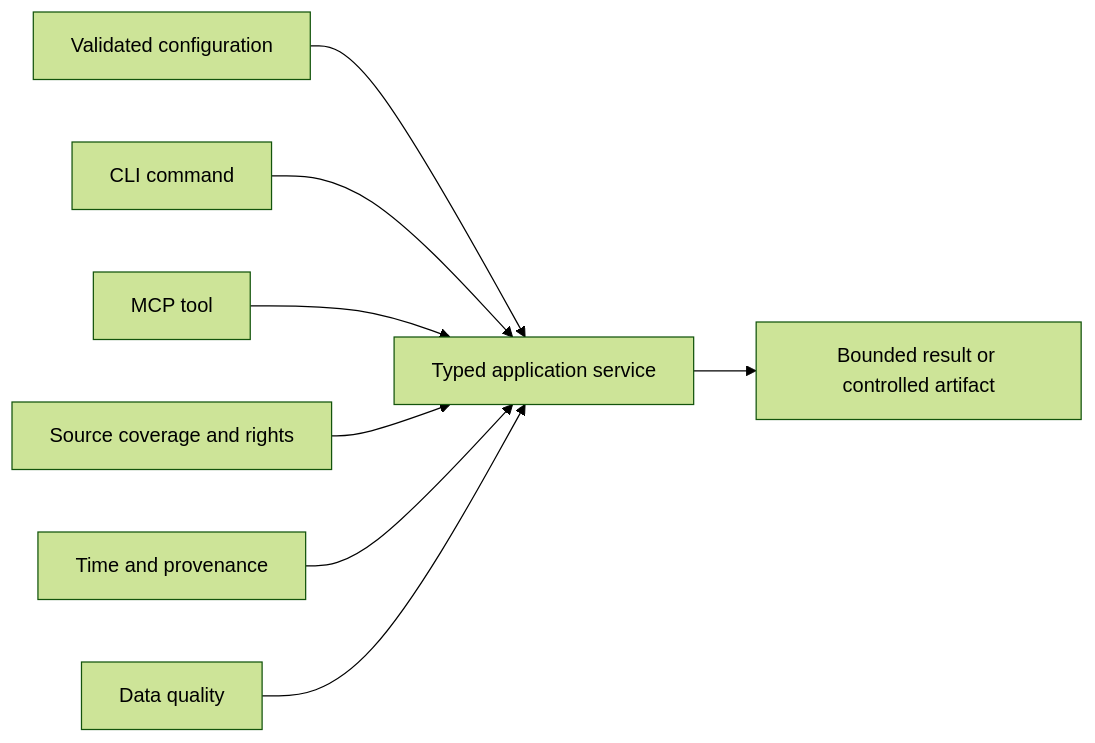
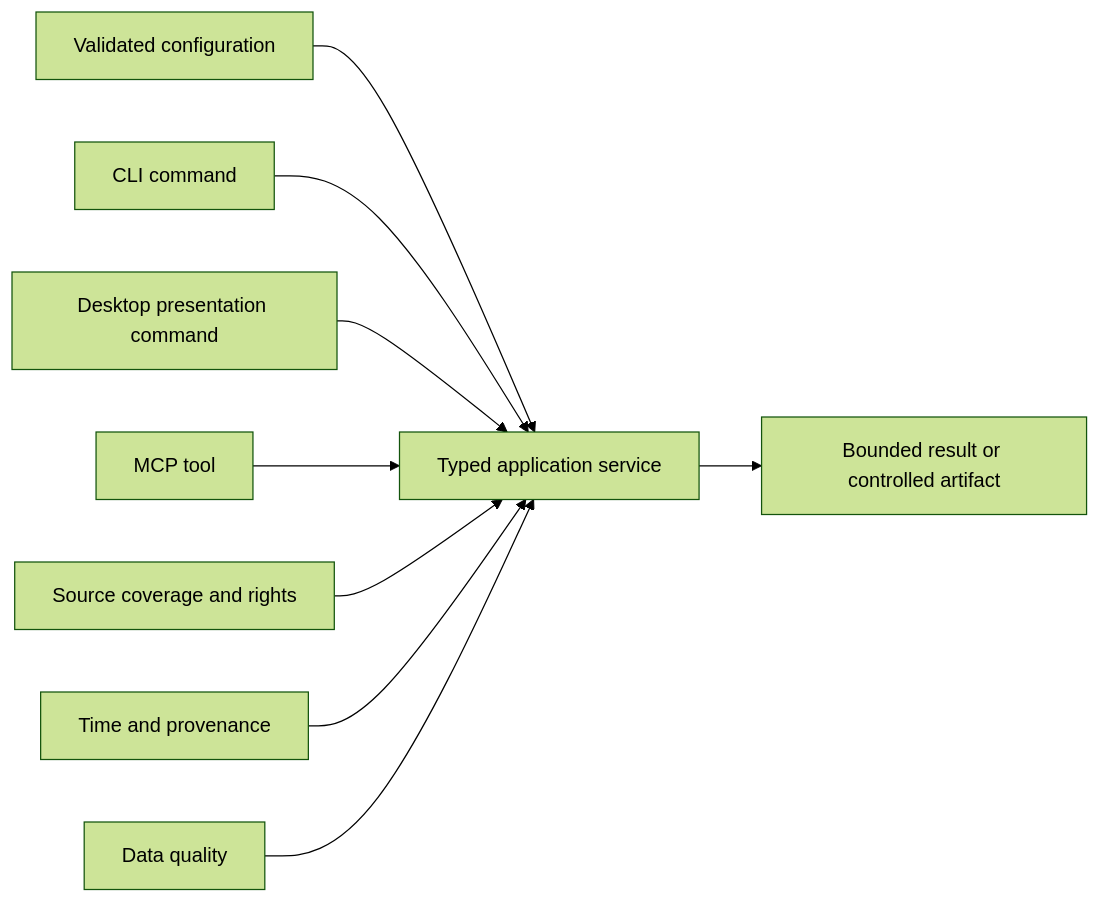
One commit to Sawmonabo/market-squawk changed the diagram in docs/reference/README.md. Above: the diagram before and after it, drawn with Mermaid (forest theme). The commit also changed other lines of this file and 16 other files, not shown here.

````diff
--- a/docs/reference/README.md
+++ b/docs/reference/README.md
@@ -27,19 +27,21 @@
 ```mermaid
 flowchart LR
     CLI["CLI command"]
+    Desktop["Desktop presentation command"]
     MCP["MCP tool"]
     Config["Validated configuration"]
     Source["Source coverage and rights"]
     Time["Time and provenance"]
     Quality["Data quality"]
     Service["Typed application service"]
     Result["Bounded result or controlled artifact"]
 
     Config --> Service
     CLI --> Service
+    Desktop --> Service
     MCP --> Service
     Source --> Service
     Time --> Service
     Quality --> Service
     Service --> Result
 ```
````
